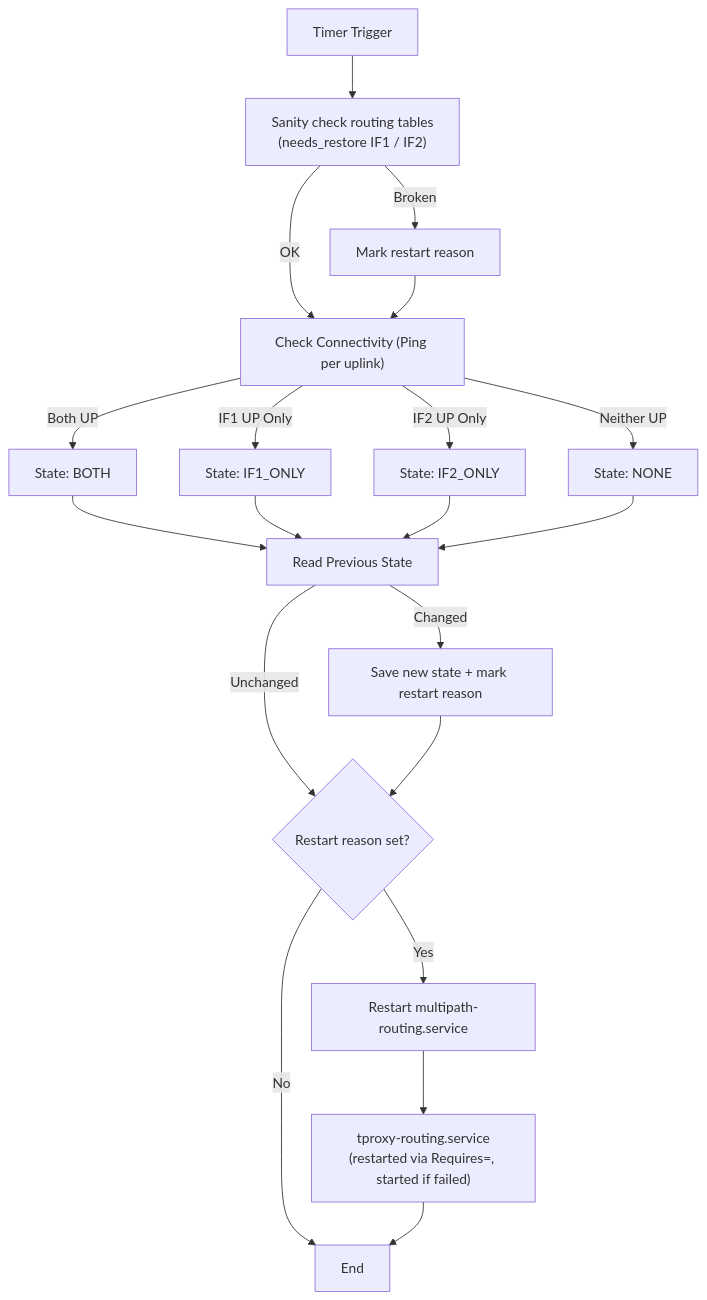
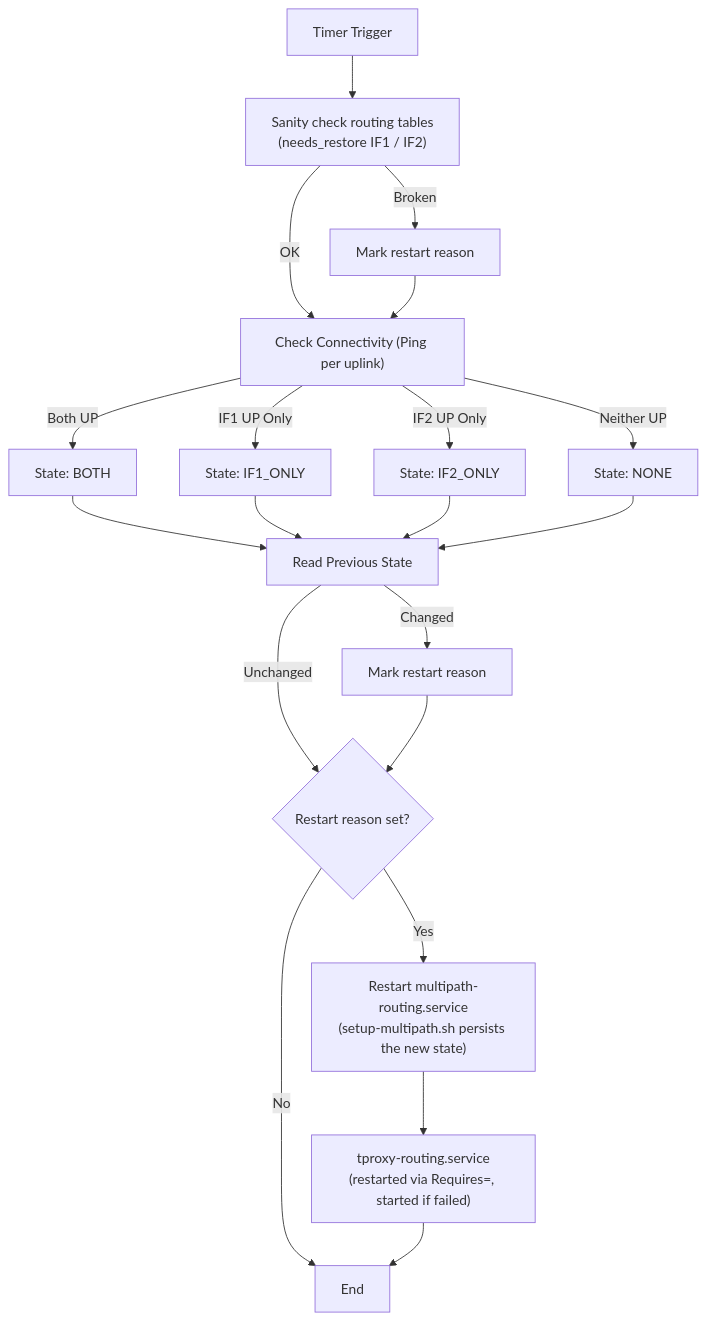
Before and after one commit to mingcheng/faure.sh: the diagram in README.md, drawn with Mermaid. The commit also changed other lines of this file and 2 other files, not shown here.

````diff
--- a/README.md
+++ b/README.md
@@ -181,26 +190,26 @@
 ```mermaid
 graph TD
     Start[Timer Trigger] --> SanityCheck["Sanity check routing tables<br/>(needs_restore IF1 / IF2)"]
     SanityCheck -- Broken --> MarkRestart[Mark restart reason]
     SanityCheck -- OK --> CheckConn["Check Connectivity (Ping per uplink)"]
     MarkRestart --> CheckConn
 
     CheckConn -- Both UP --> StateBoth[State: BOTH]
     CheckConn -- IF1 UP Only --> StateIF1[State: IF1_ONLY]
     CheckConn -- IF2 UP Only --> StateIF2[State: IF2_ONLY]
     CheckConn -- Neither UP --> StateNone[State: NONE]
 
     StateBoth --> ReadOld[Read Previous State]
     StateIF1 --> ReadOld
     StateIF2 --> ReadOld
     StateNone --> ReadOld
 
-    ReadOld -- Changed --> SaveState[Save new state + mark restart reason]
+    ReadOld -- Changed --> MarkChanged[Mark restart reason]
     ReadOld -- Unchanged --> Decide{Restart reason set?}
-    SaveState --> Decide
+    MarkChanged --> Decide
 
-    Decide -- Yes --> UpdateRoute[Restart multipath-routing.service]
+    Decide -- Yes --> UpdateRoute["Restart multipath-routing.service<br/>(setup-multipath.sh persists the new state)"]
     Decide -- No --> End[End]
     UpdateRoute --> UpdateTProxy["tproxy-routing.service<br/>(restarted via Requires=, started if failed)"]
     UpdateTProxy --> End
 ```
````
